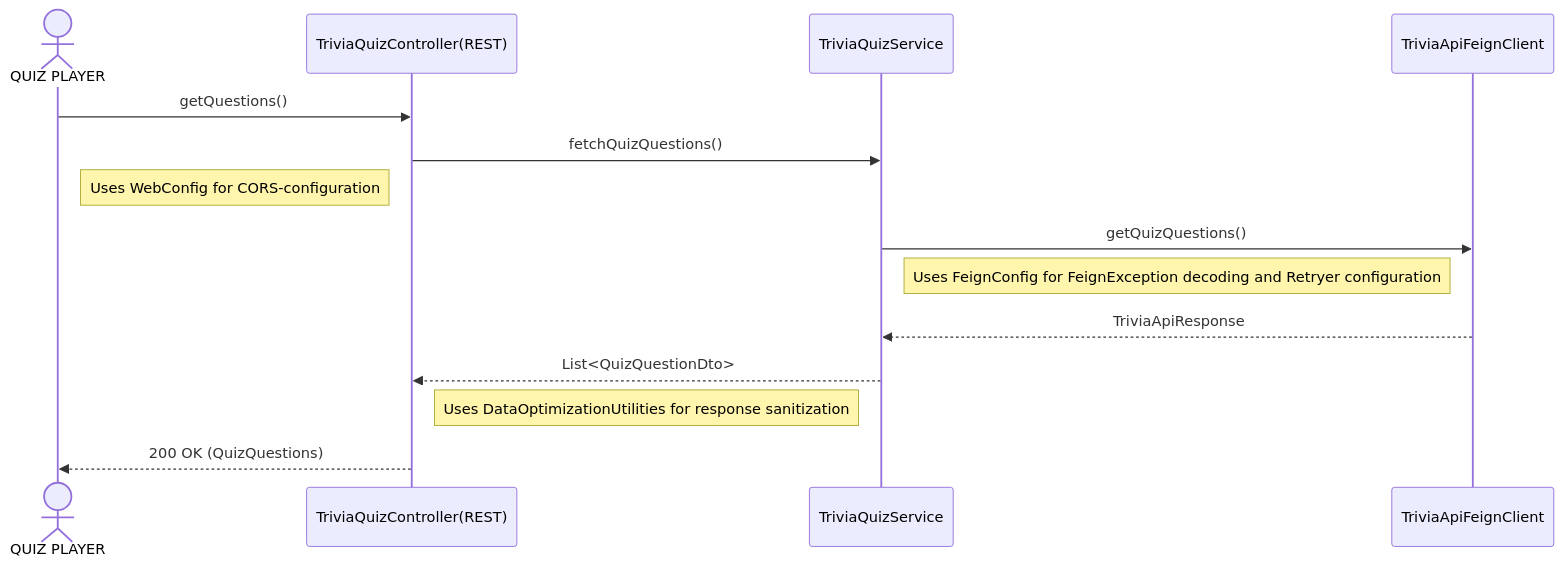
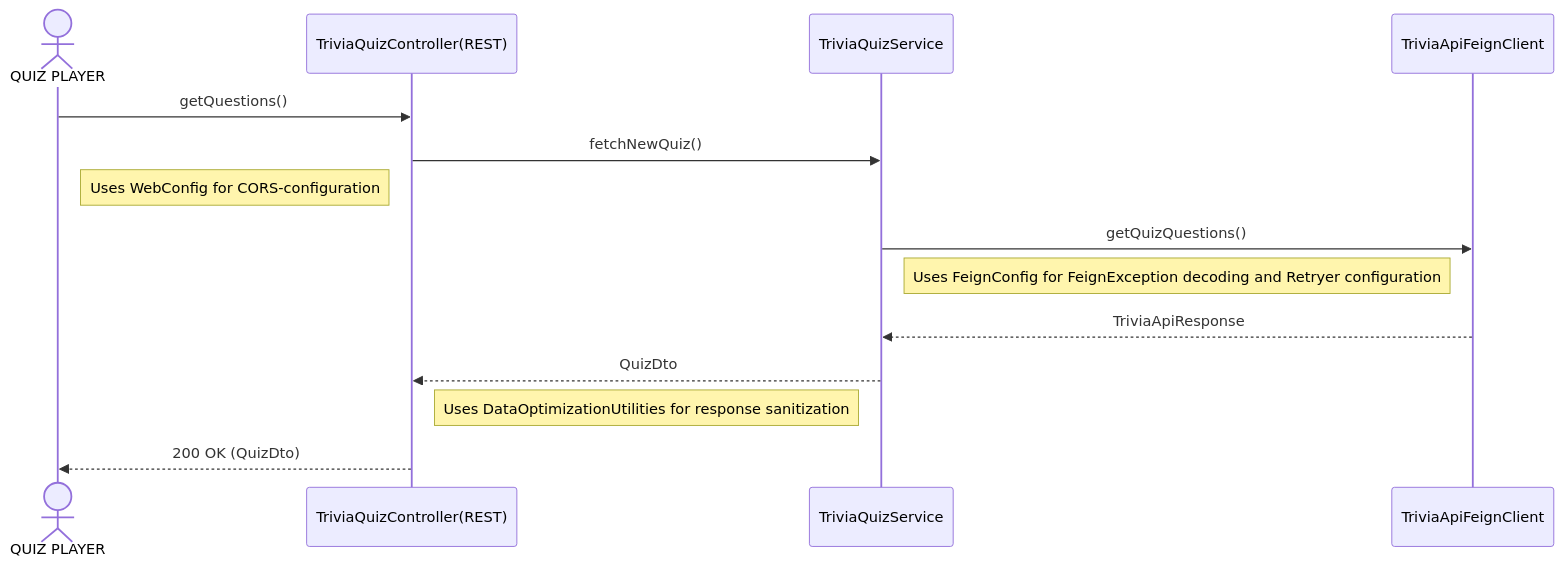
One commit to sambadi-125/trivia-quiz-system-app changed the second of 3 diagrams in README.md. Above: the diagram before and after it, drawn with Mermaid. The commit also changed other lines of this file and 7 other files, not shown here.

````diff
--- a/README.md
+++ b/README.md
@@ -35,17 +34,17 @@
 ```mermaid
 sequenceDiagram
     actor QUIZ PLAYER
     participant TriviaQuizController as TriviaQuizController(REST)
     participant TriviaQuizService as TriviaQuizService
     participant TriviaApiFeignClient as TriviaApiFeignClient
 
     QUIZ PLAYER->>TriviaQuizController: getQuestions()
-    TriviaQuizController->>TriviaQuizService: fetchQuizQuestions()
+    TriviaQuizController->>TriviaQuizService: fetchNewQuiz()
     Note right of QUIZ PLAYER: Uses WebConfig for CORS-configuration
     TriviaQuizService->>TriviaApiFeignClient: getQuizQuestions()
     Note right of TriviaQuizService: Uses FeignConfig for FeignException decoding and Retryer configuration
     TriviaApiFeignClient-->>TriviaQuizService: TriviaApiResponse
-    TriviaQuizService-->>TriviaQuizController: List<QuizQuestionDto>
+    TriviaQuizService-->>TriviaQuizController: QuizDto
     Note right of TriviaQuizController: Uses DataOptimizationUtilities for response sanitization
-    TriviaQuizController-->>QUIZ PLAYER: 200 OK (QuizQuestions)
+    TriviaQuizController-->>QUIZ PLAYER: 200 OK (QuizDto)
 ```
````
